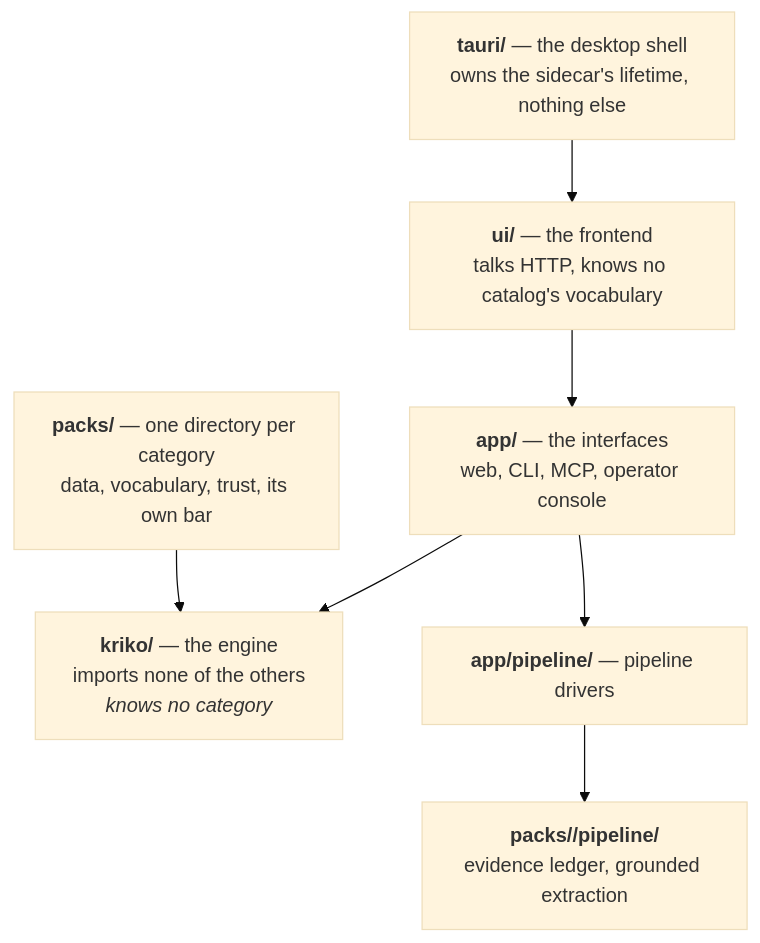
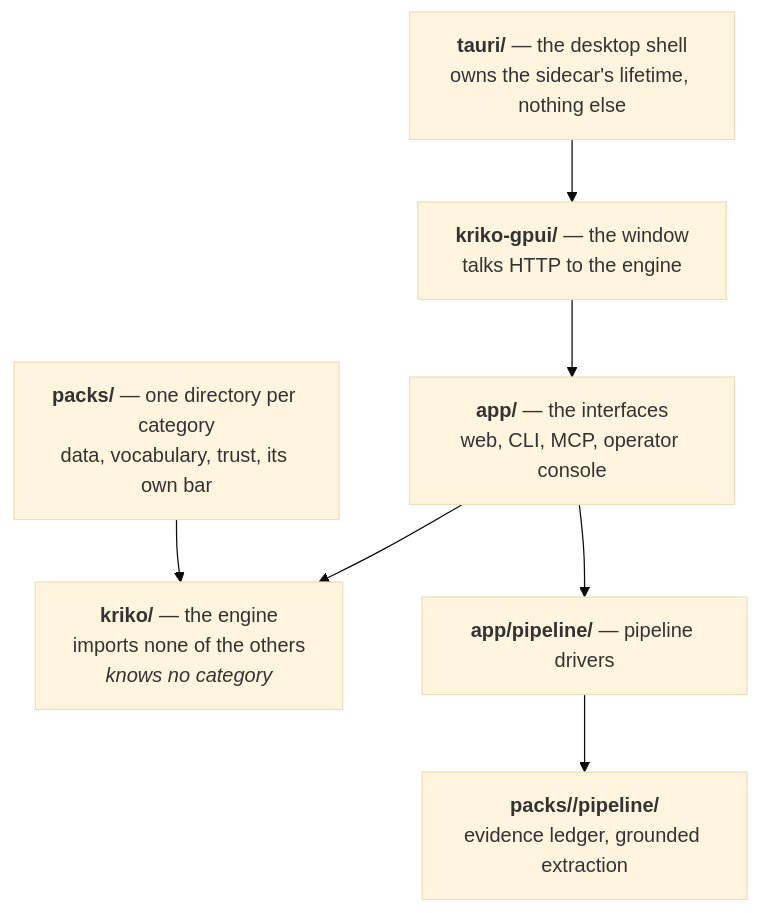
The fourth of 4 diagrams in docs/HOW_IT_WORKS.md (Berbadov/kriko), drawn with Mermaid (base theme) before and after one commit. The commit also changed 298 other files, not shown here.

First line of the commit message:
Svelte is gone: the GPUI app is the only window (B19)

````diff
--- a/docs/HOW_IT_WORKS.md
+++ b/docs/HOW_IT_WORKS.md
@@ -64,10 +64,10 @@
 ```mermaid
 flowchart TD
     T["<b>tauri/</b> — the desktop shell<br/>owns the sidecar's lifetime, nothing else"] --> U
-    U["<b>ui/</b> — the frontend<br/>talks HTTP, knows no catalog's vocabulary"] --> A
+    U["<b>kriko-gpui/</b> — the window<br/>talks HTTP to the engine"] --> A
     A["<b>app/</b> — the interfaces<br/>web, CLI, MCP, operator console"] --> K
     P["<b>packs/</b> — one directory per category<br/>data, vocabulary, trust, its own bar"] --> K
     A --> PL["<b>app/pipeline/</b> — pipeline drivers"]
     PL --> PP["<b>packs/<name>/pipeline/</b><br/>evidence ledger, grounded extraction"]
     K["<b>kriko/</b> — the engine<br/>imports none of the others<br/><i>knows no category</i>"]
 ```
````
